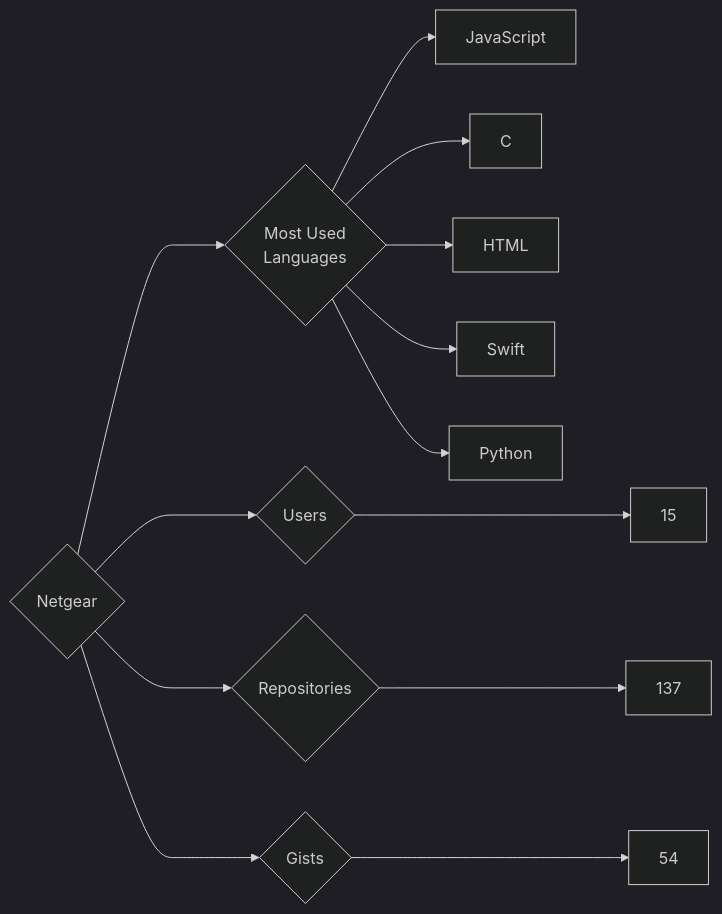
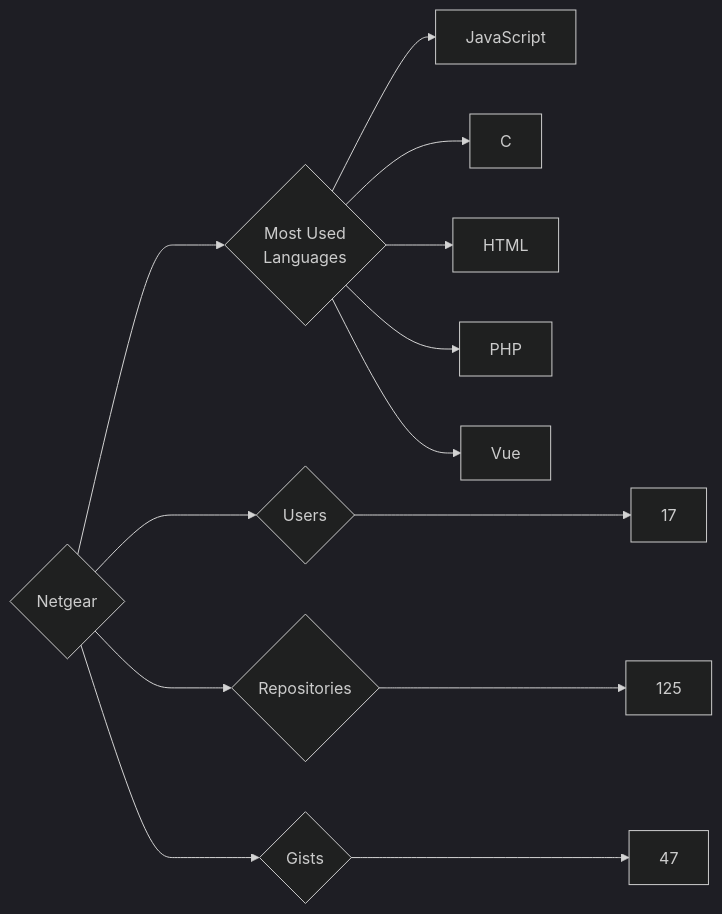
One commit to trickest/insiders changed the diagram in targets/Netgear/README.md. Above: the diagram before and after it, drawn with Mermaid (dark theme). The commit also changed 912 other files, not shown here.

````diff
--- a/targets/Netgear/README.md
+++ b/targets/Netgear/README.md
@@ -3,13 +3,13 @@
 ```mermaid
 graph LR
 COMPANY_NAME{Netgear}
-COMPANY_NAME ---> U{Users} ---> UN[15]
-COMPANY_NAME ---> R{Repositories} ---> RN[137]
-COMPANY_NAME ---> G{Gists} ---> GN[54]
+COMPANY_NAME ---> U{Users} ---> UN[17]
+COMPANY_NAME ---> R{Repositories} ---> RN[125]
+COMPANY_NAME ---> G{Gists} ---> GN[47]
 COMPANY_NAME ---> ML{Most Used<br>Languages}
 ML --> JavaScript[JavaScript]
 ML --> C[C]
 ML --> HTML[HTML]
-ML --> Swift[Swift]
-ML --> Python[Python]
+ML --> PHP[PHP]
+ML --> Vue[Vue]
 ```
````
